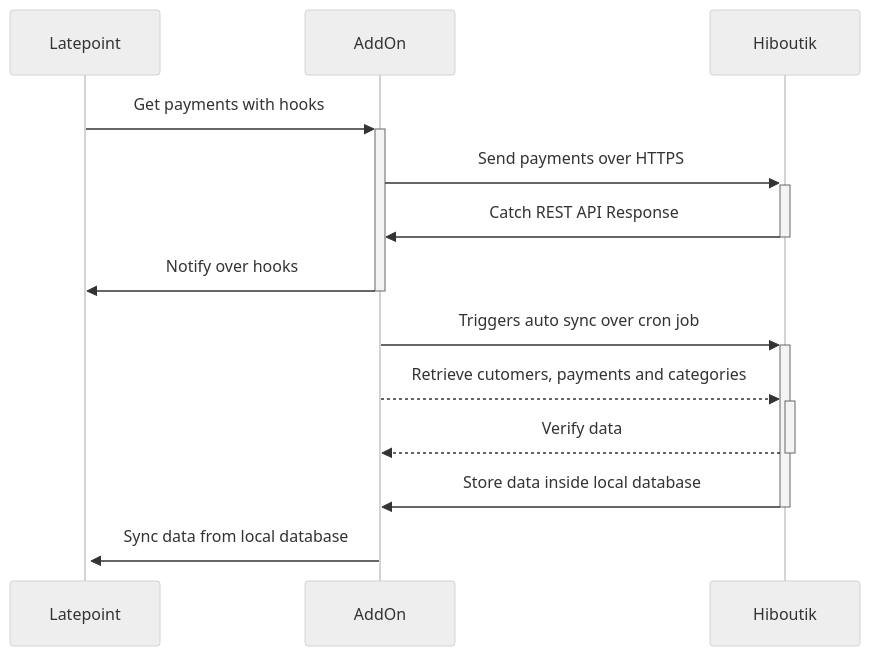
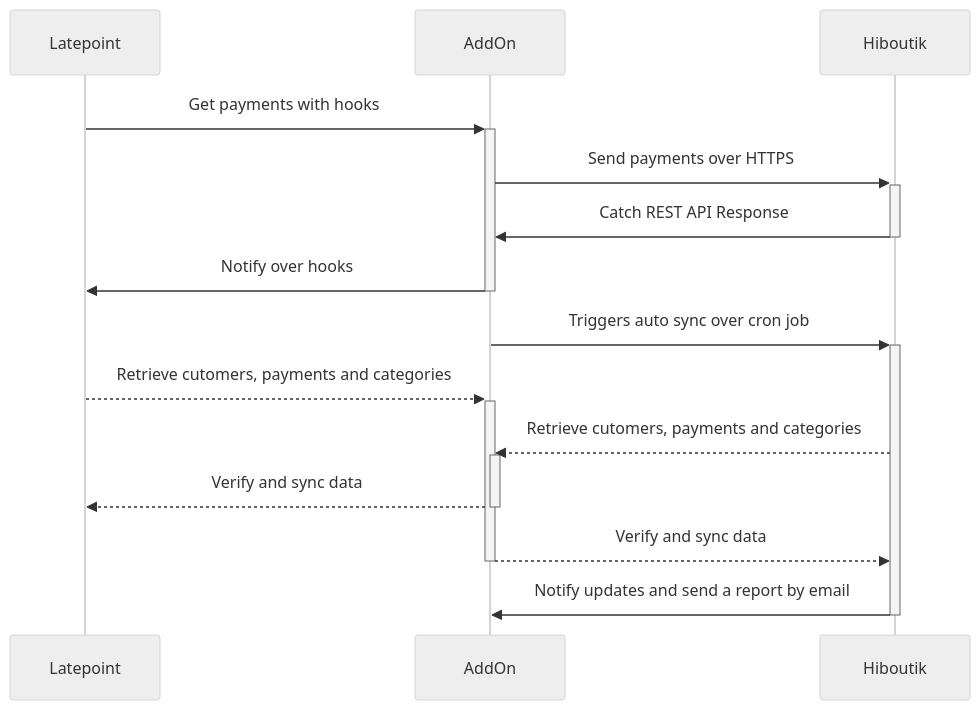
Before and after one commit to gildaskotako/latepoint-payments-cinetpay: the diagram in README.md, drawn with Mermaid (neutral theme).

````diff
--- a/README.md
+++ b/README.md
@@ -5,12 +5,13 @@
 ```mermaid
 sequenceDiagram
 Latepoint->>+AddOn: Get payments with hooks
 AddOn->>+Hiboutik: Send payments over HTTPS
 Hiboutik->>-AddOn: Catch REST API Response
 AddOn->>-Latepoint: Notify over hooks
 AddOn->>+Hiboutik: Triggers auto sync over cron job
-AddOn-->>+Hiboutik: Retrieve cutomers, payments and categories
-Hiboutik-->>-AddOn: Verify data
-Hiboutik->>-AddOn: Store data inside local database
-AddOn->>+Latepoint: Sync data from local database
+Latepoint-->>+AddOn: Retrieve cutomers, payments and categories
+Hiboutik-->>+AddOn: Retrieve cutomers, payments and categories
+AddOn-->>-Latepoint: Verify and sync data
+AddOn-->>-Hiboutik: Verify and sync data
+Hiboutik->>-AddOn: Notify updates and send a report by email
 ```
````
